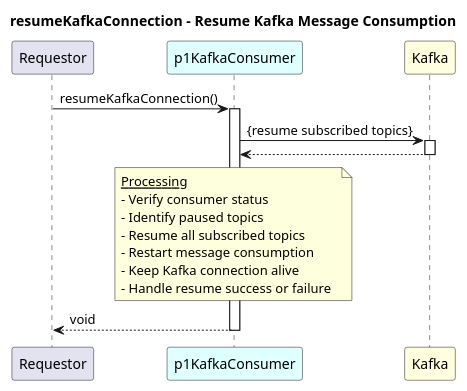
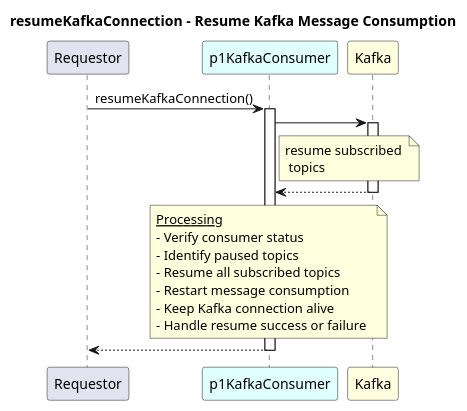
The diagram in spec/genericFunctions/applicationPattern/KafkaConsumerService/diagrams/resumeKafkaConnection.plantuml (openBackhaul/ApplicationPattern), drawn with PlantUML before and after one commit. The commit also changed 17 other files, not shown here.

Commit message:
minor updates in diagrams

```diff
--- a/spec/genericFunctions/applicationPattern/KafkaConsumerService/diagrams/resumeKafkaConnection.plantuml
+++ b/spec/genericFunctions/applicationPattern/KafkaConsumerService/diagrams/resumeKafkaConnection.plantuml
@@ -1,34 +1,38 @@
 @startuml resumeKafkaConnection
 skinparam responseMessageBelowArrow true
 
 title
 resumeKafkaConnection – Resume Kafka Message Consumption
 end title
 
 participant "Requestor" as requestor
 participant "p1KafkaConsumer" as resume #LightCyan
 participant "Kafka" as kafka #LightYellow
 
 requestor -> resume: resumeKafkaConnection()
 activate resume
 
-resume -> kafka: {resume subscribed topics}
+resume -> kafka
 activate kafka
+note right of resume
+resume subscribed 
+ topics
+end note
 
-kafka --> resume: 
+kafka --> resume
 deactivate kafka
 
 note over resume
   <u>Processing</u>
   - Verify consumer status  
   - Identify paused topics  
   - Resume all subscribed topics  
   - Restart message consumption  
   - Keep Kafka connection alive  
   - Handle resume success or failure  
 end note
 
-resume --> requestor: void
+resume --> requestor
 deactivate resume
 
 @enduml
```
